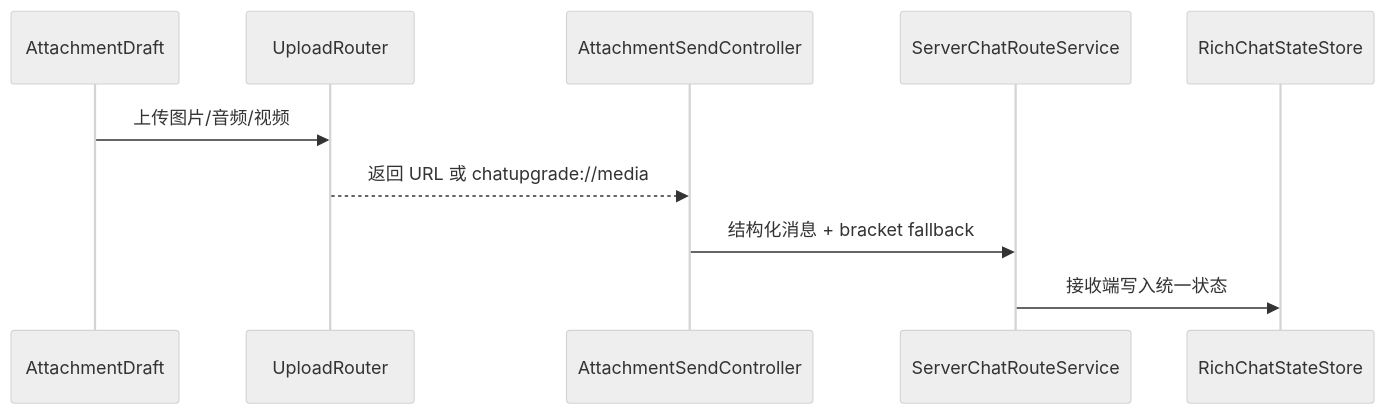
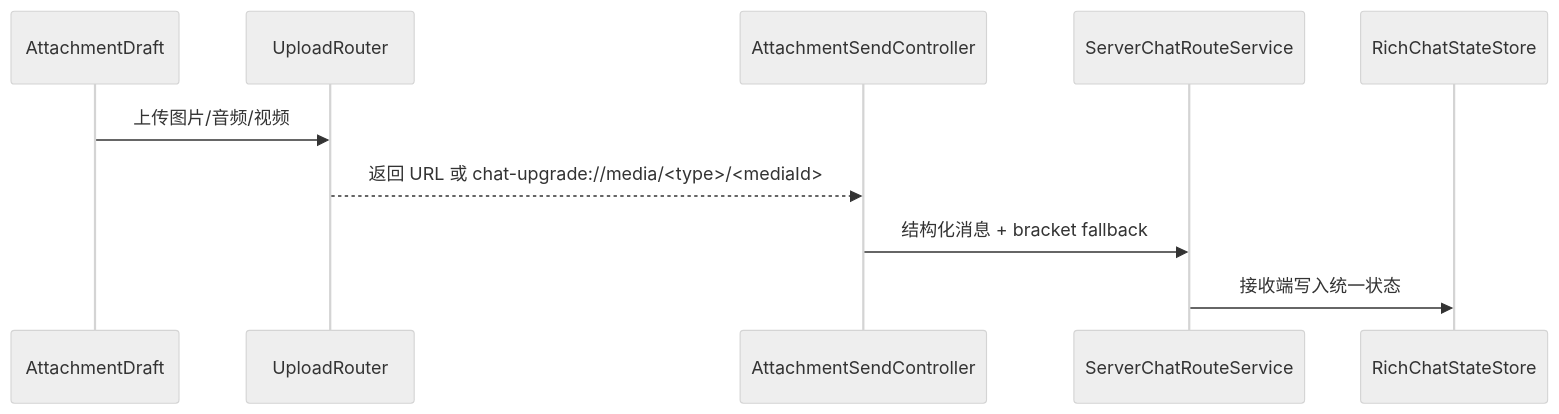
One commit to LoosePrince/chat-upgrade changed the third of 3 diagrams in docs/architecture.md. Above: the diagram before and after it, drawn with Mermaid (neutral theme). The commit also changed 4 other files, not shown here.

````diff
--- a/docs/architecture.md
+++ b/docs/architecture.md
@@ -135,13 +135,13 @@
 ```mermaid
 sequenceDiagram
     participant Draft as AttachmentDraft
     participant Upload as UploadRouter
     participant Send as AttachmentSendController
     participant Server as ServerChatRouteService
     participant Store as RichChatStateStore
 
     Draft->>Upload: 上传图片/音频/视频
-    Upload-->>Send: 返回 URL 或 chatupgrade://media
+    Upload-->>Send: 返回 URL 或 chat-upgrade://media/<type>/<mediaId>
     Send->>Server: 结构化消息 + bracket fallback
     Server->>Store: 接收端写入统一状态
 ```
````
